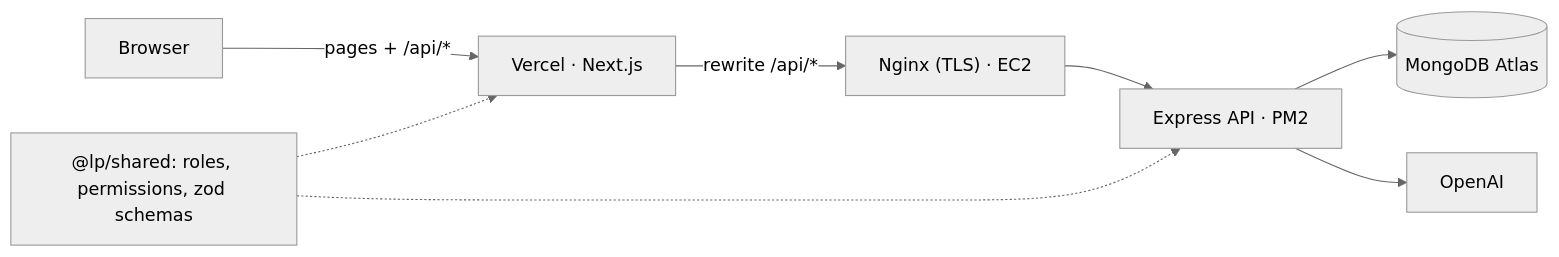
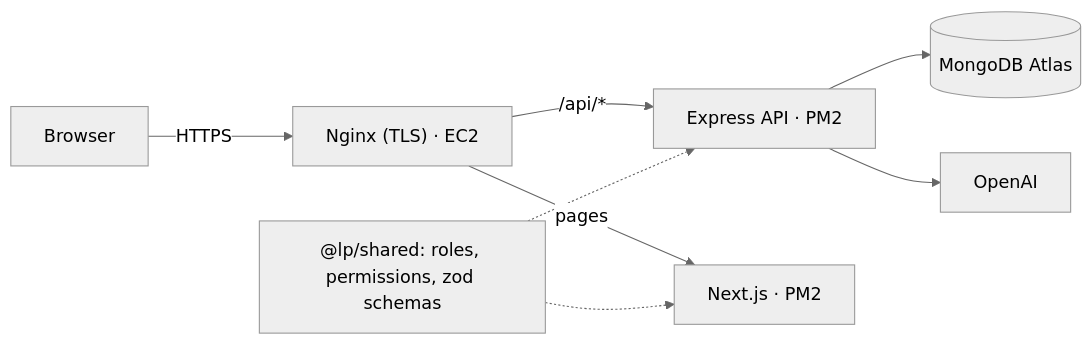
Before and after one commit to gishanchamith/GPT_LMS: the first of 2 diagrams in README.md, drawn with Mermaid (neutral theme). The commit also changed other lines of this file and 9 other files, not shown here.

````diff
--- a/README.md
+++ b/README.md
@@ -83,10 +83,10 @@
 ```mermaid
 flowchart LR
-    B[Browser] -- "pages + /api/*" --> V["Vercel · Next.js"]
-    V -- "rewrite /api/*" --> N["Nginx (TLS) · EC2"]
-    N --> E["Express API · PM2"]
+    B[Browser] -- "HTTPS" --> N["Nginx (TLS) · EC2"]
+    N -- "/api/*" --> E["Express API · PM2"]
+    N -- "pages" --> W["Next.js · PM2"]
     E --> M[("MongoDB Atlas")]
     E --> O[OpenAI]
-    S["@lp/shared: roles, permissions, zod schemas"] -.-> V
+    S["@lp/shared: roles, permissions, zod schemas"] -.-> W
     S -.-> E
 ```
````
